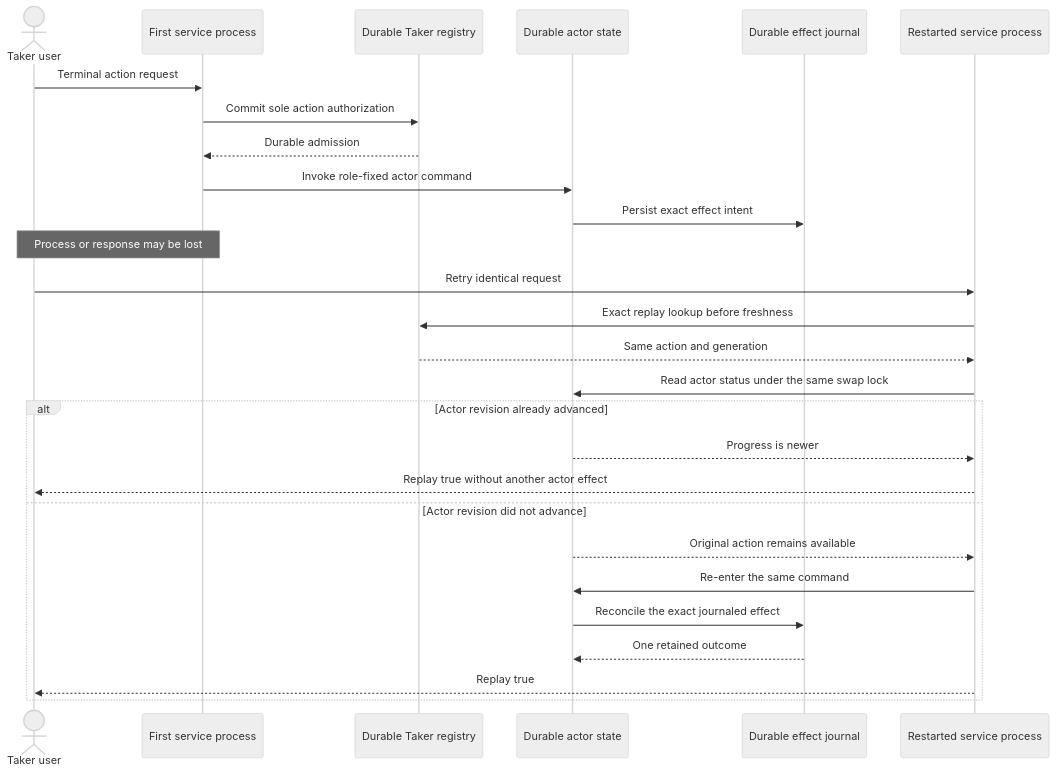
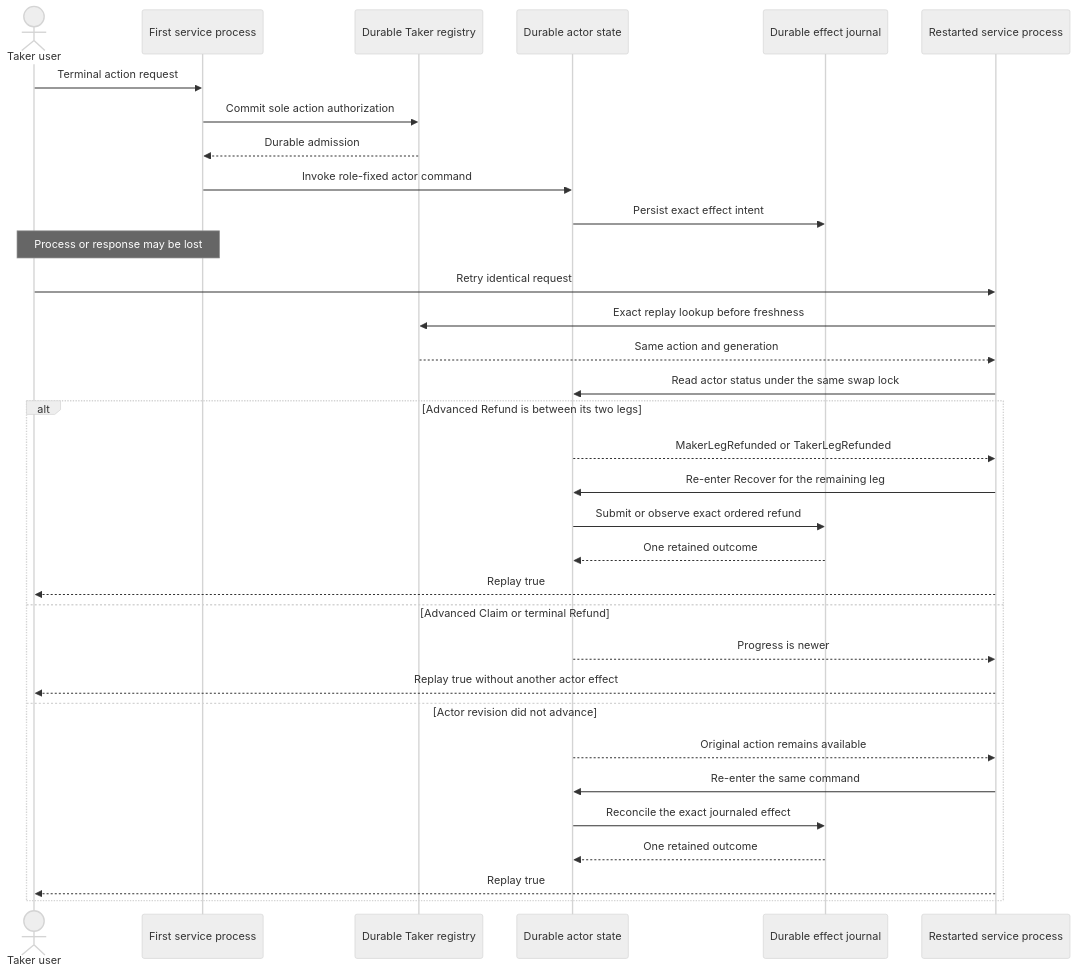
Before and after one commit to gateway-fm/lez-atomic-swaps: the third of 3 diagrams in docs/architecture/0137-authorize-one-taker-terminal-action-before-effects.md, drawn with Mermaid (neutral theme). The commit also changed other lines of this file and 5 other files, not shown here.

````diff
--- a/docs/architecture/0137-authorize-one-taker-terminal-action-before-effects.md
+++ b/docs/architecture/0137-authorize-one-taker-terminal-action-before-effects.md
@@ -137,30 +139,36 @@
 ```mermaid
 sequenceDiagram
     actor U as Taker user
     participant S1 as First service process
     participant R as Durable Taker registry
     participant A as Durable actor state
     participant J as Durable effect journal
     participant S2 as Restarted service process
 
     U->>S1: Terminal action request
     S1->>R: Commit sole action authorization
     R-->>S1: Durable admission
     S1->>A: Invoke role-fixed actor command
     A->>J: Persist exact effect intent
     Note over S1,U: Process or response may be lost
     U->>S2: Retry identical request
     S2->>R: Exact replay lookup before freshness
     R-->>S2: Same action and generation
     S2->>A: Read actor status under the same swap lock
-    alt Actor revision already advanced
+    alt Advanced Refund is between its two legs
+        A-->>S2: MakerLegRefunded or TakerLegRefunded
+        S2->>A: Re-enter Recover for the remaining leg
+        A->>J: Submit or observe exact ordered refund
+        J-->>A: One retained outcome
+        S2-->>U: Replay true
+    else Advanced Claim or terminal Refund
         A-->>S2: Progress is newer
         S2-->>U: Replay true without another actor effect
     else Actor revision did not advance
         A-->>S2: Original action remains available
         S2->>A: Re-enter the same command
         A->>J: Reconcile the exact journaled effect
         J-->>A: One retained outcome
         S2-->>U: Replay true
     end
 ```
````
